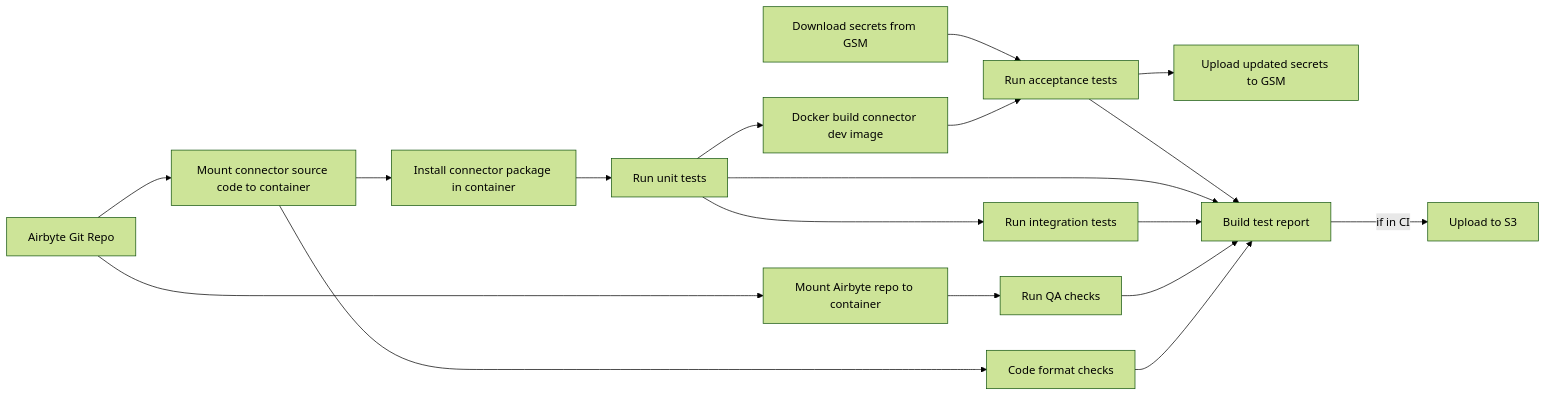
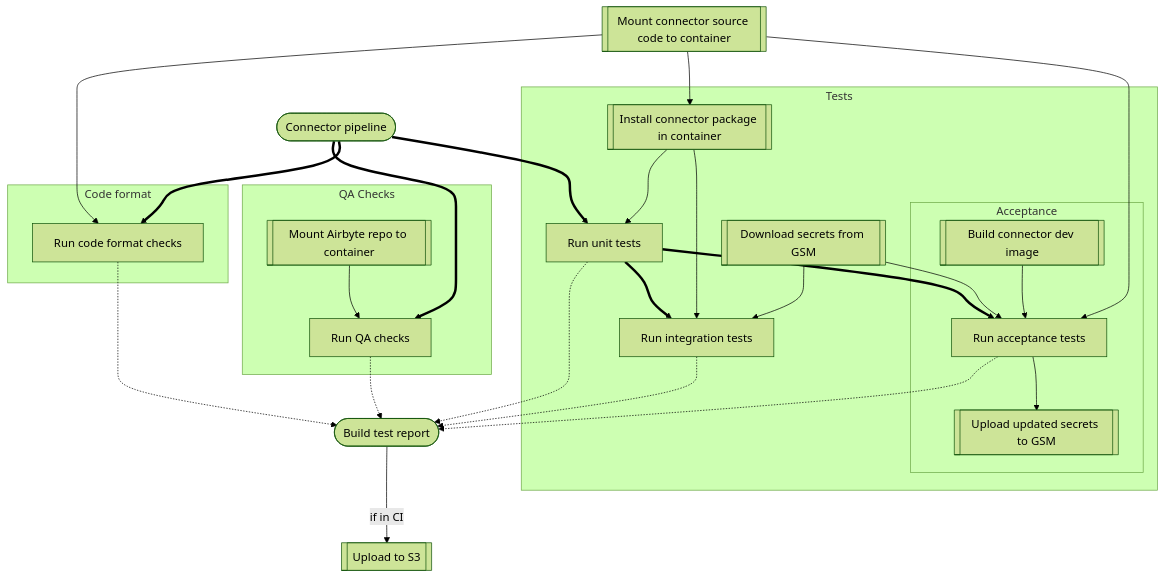
The diagram in tools/ci_connector_ops/ci_connector_ops/pipelines/README.md (airbytehq/airbyte), drawn with Mermaid (forest theme) before and after one commit. The commit also changed other lines of this file and 4 other files, not shown here.

````diff
--- a/tools/ci_connector_ops/ci_connector_ops/pipelines/README.md
+++ b/tools/ci_connector_ops/ci_connector_ops/pipelines/README.md
@@ -84,20 +84,20 @@
 ```mermaid
-flowchart LR;
-    AB_GIT_REPO[Airbyte Git Repo] --> MOUNT_AB[Mount Airbyte repo to container];
-    AB_GIT_REPO[Airbyte Git Repo] --> MOUNT_CONN[Mount connector source code to container];
-    DOWN_SECRETS[Download secrets from GSM]-->CAT
-    MOUNT_AB-->QA[Run QA checks];
-    MOUNT_CONN-->FORMAT[Code format checks];
-    MOUNT_CONN-->INSTALL_CONN[Install connector package in container];
-    INSTALL_CONN-->UNIT_TESTS[Run unit tests];
-    UNIT_TESTS-->INTEGRATION_TESTS[Run integration tests];
-    UNIT_TESTS-->DOCKER_BUILD[Docker build connector dev image];
-    DOCKER_BUILD-->CAT[Run acceptance tests];
-    CAT-->UPLOAD_SECRETS[Upload updated secrets to GSM];
-    CAT-->REPORT[Build test report];
-    UNIT_TESTS-->REPORT;
-    INTEGRATION_TESTS-->REPORT;
-    QA-->REPORT;
-    FORMAT-->REPORT;
-    REPORT--if in CI-->UPLOAD[Upload to S3];
+flowchart TB
+    conn([Connector pipeline])==>qa & fmt & tu
+    src[[Mount connector source code to container]]-->fmt & pkg & ta
+    fmt & tu & ti & ta & qa -.-> r([Build test report])--if in CI-->s3[[Upload to S3]]
+    subgraph QA Checks
+        repo[[Mount Airbyte repo to container]]-->qa[Run QA checks]
+    end
+    subgraph Tests
+        tu[Run unit tests]==>ti[Run integration tests] & ta[Run acceptance tests]
+        pkg[[Install connector package in container]]-->tu & ti
+        dsec[[Download secrets from GSM]] --> ti & ta
+        subgraph Acceptance
+            bld[[Build connector dev image]]-->ta-->upsec[[Upload updated secrets to GSM]]
+        end
+    end
+    subgraph Code format
+        fmt[Run code format checks]
+    end
 ```
````
